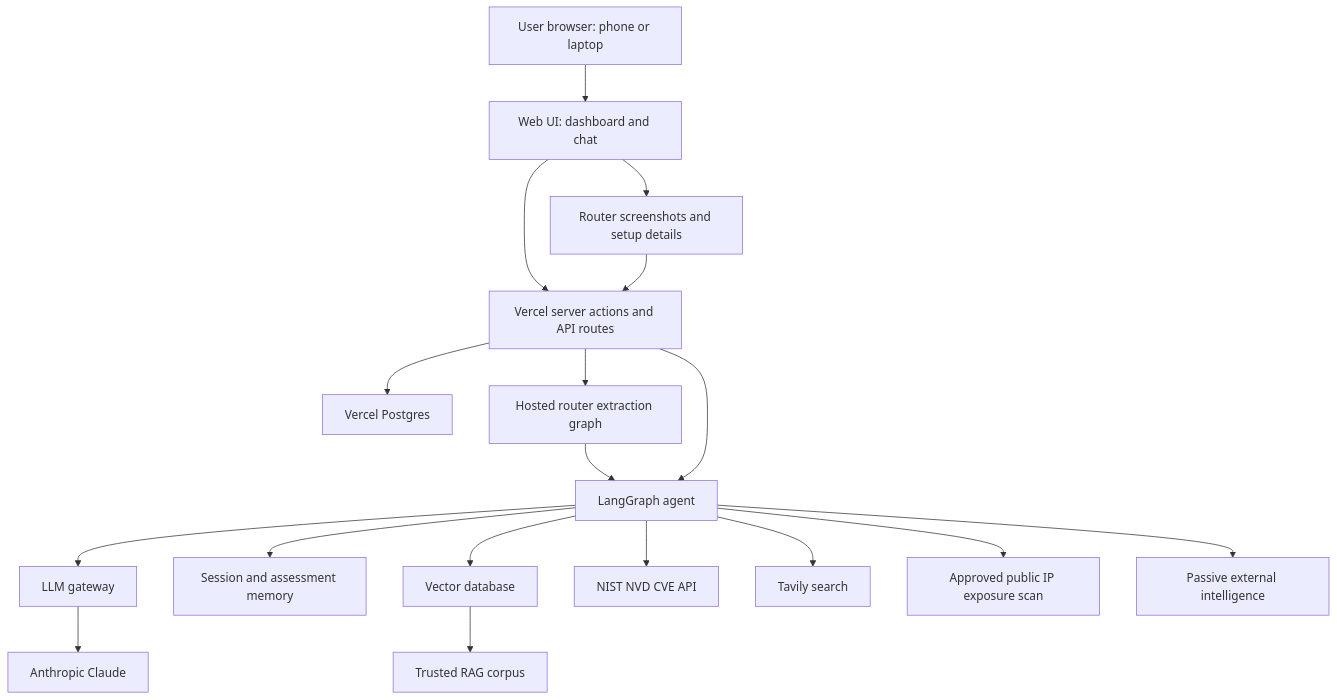
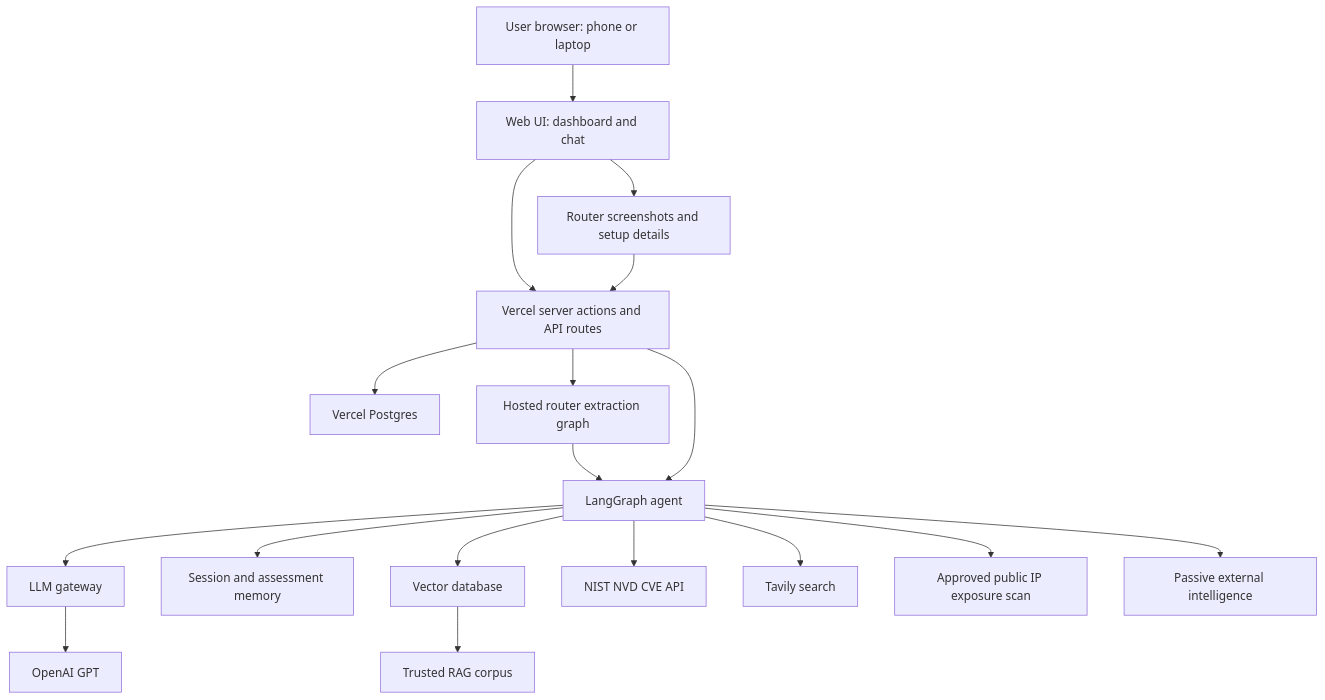
Before and after one commit to krmurphy2/GridWatch: the second of 3 diagrams in README.md, drawn with Mermaid. The commit also changed other lines of this file and 9 other files, not shown here.

First line of the commit message:
Switch agent to OpenAI gpt-5.1 and add per-user agent namespacing

````diff
--- a/README.md
+++ b/README.md
@@ -98,37 +98,37 @@
 ```mermaid
 flowchart TD
     User[User browser: phone or laptop]
     UI[Web UI: dashboard and chat]
     Upload[Router screenshots and setup details]
     API[Vercel server actions and API routes]
     DB[Vercel Postgres]
     Extract[Hosted router extraction graph]
     Agent[LangGraph agent]
     Gateway[LLM gateway]
-    LLM[Anthropic Claude]
+    LLM[OpenAI GPT]
     Memory[Session and assessment memory]
     VectorDB[Vector database]
     Docs[Trusted RAG corpus]
     NVD[NIST NVD CVE API]
     Tavily[Tavily search]
     ExposureScan[Approved public IP exposure scan]
     PassiveIntel[Passive external intelligence]
 
     User --> UI
     UI --> Upload
     UI --> API
     Upload --> API
     API --> DB
     API --> Extract
     Extract --> Agent
     API --> Agent
     Agent --> Gateway
     Gateway --> LLM
     Agent --> Memory
     Agent --> VectorDB
     VectorDB --> Docs
     Agent --> NVD
     Agent --> Tavily
     Agent --> ExposureScan
     Agent --> PassiveIntel
 ```
````
